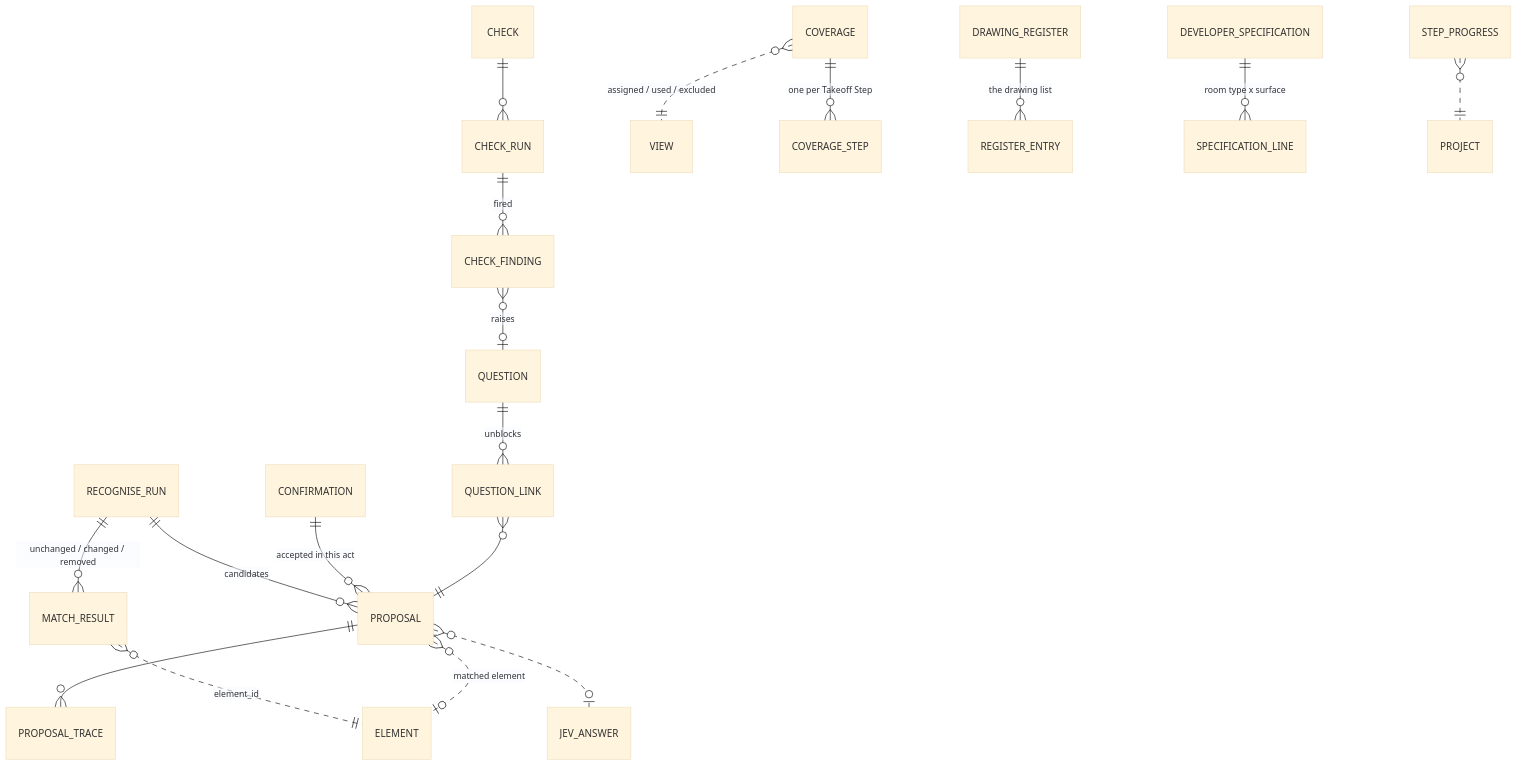
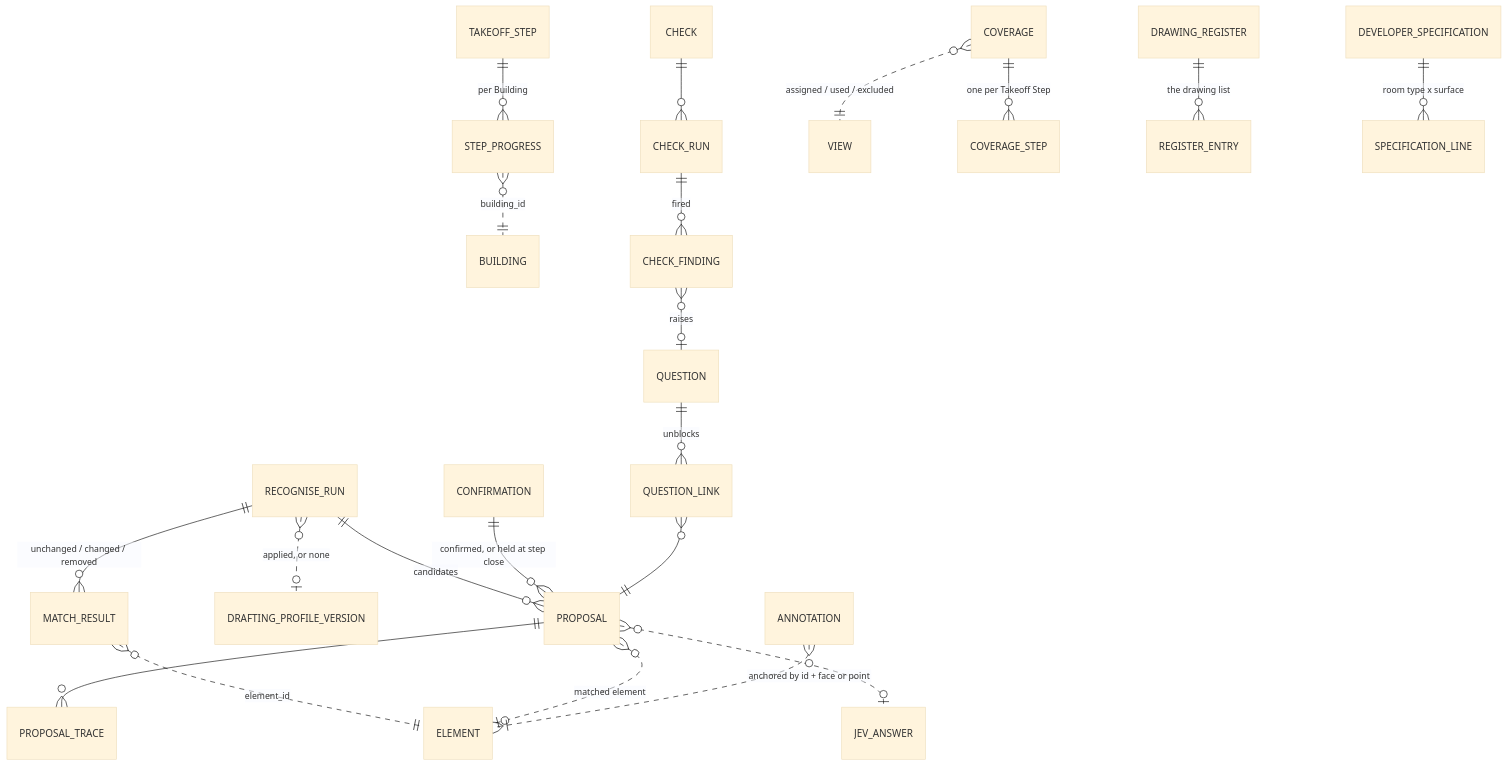
Before and after one commit to vextrus/vextrus-cubit: the third of 5 diagrams in docs/data-model.md, drawn with Mermaid (base theme). The commit also changed other lines of this file and 7 other files, not shown here.

````diff
--- a/docs/data-model.md
+++ b/docs/data-model.md
@@ -352,20 +630,23 @@
 ```mermaid
 erDiagram
+    TAKEOFF_STEP ||--o{ STEP_PROGRESS : "per Building"
+    STEP_PROGRESS }o..|| BUILDING : "building_id"
     RECOGNISE_RUN ||--o{ PROPOSAL : "candidates"
+    RECOGNISE_RUN }o..o| DRAFTING_PROFILE_VERSION : "applied, or none"
     RECOGNISE_RUN ||--o{ MATCH_RESULT : "unchanged / changed / removed"
     MATCH_RESULT }o..|| ELEMENT : "element_id"
     PROPOSAL ||--o{ PROPOSAL_TRACE : ""
     PROPOSAL }o..o| ELEMENT : "matched element"
     PROPOSAL }o..o| JEV_ANSWER : ""
-    CONFIRMATION ||--o{ PROPOSAL : "accepted in this act"
+    CONFIRMATION ||--o{ PROPOSAL : "confirmed, or held at step close"
     QUESTION ||--o{ QUESTION_LINK : "unblocks"
     QUESTION_LINK }o--|| PROPOSAL : ""
     CHECK ||--o{ CHECK_RUN : ""
     CHECK_RUN ||--o{ CHECK_FINDING : "fired"
     CHECK_FINDING }o--o| QUESTION : "raises"
     COVERAGE }o..|| VIEW : "assigned / used / excluded"
     COVERAGE ||--o{ COVERAGE_STEP : "one per Takeoff Step"
     DRAWING_REGISTER ||--o{ REGISTER_ENTRY : "the drawing list"
     DEVELOPER_SPECIFICATION ||--o{ SPECIFICATION_LINE : "room type x surface"
-    STEP_PROGRESS }o..|| PROJECT : ""
+    ANNOTATION }o..|{ ELEMENT : "anchored by id + face or point"
 ```
````
